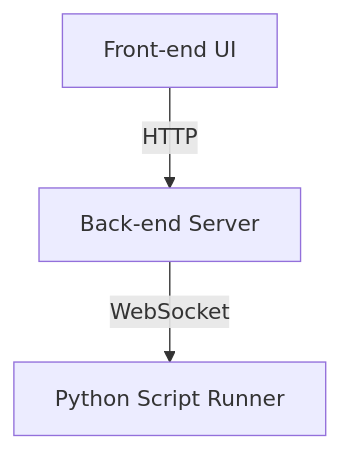
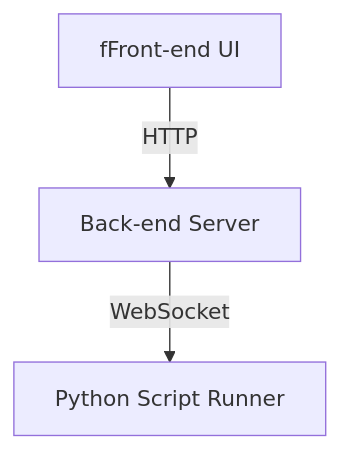
Before and after one commit to AlkeySheng/iodraw-files: the diagram in all/未命名.md, drawn with Mermaid.

Commit message:
2024-05-20 14:49:47 update

````diff
--- a/all/未命名.md
+++ b/all/未命名.md
@@ -1,6 +1,6 @@
 ```mermaid
 graph TD
-    A[Front-end UI] -->|HTTP| B[Back-end Server]
+    A[fFront-end UI] -->|HTTP| B[Back-end Server]
     B -->|WebSocket| C[Python Script Runner]
 
 ```
````
